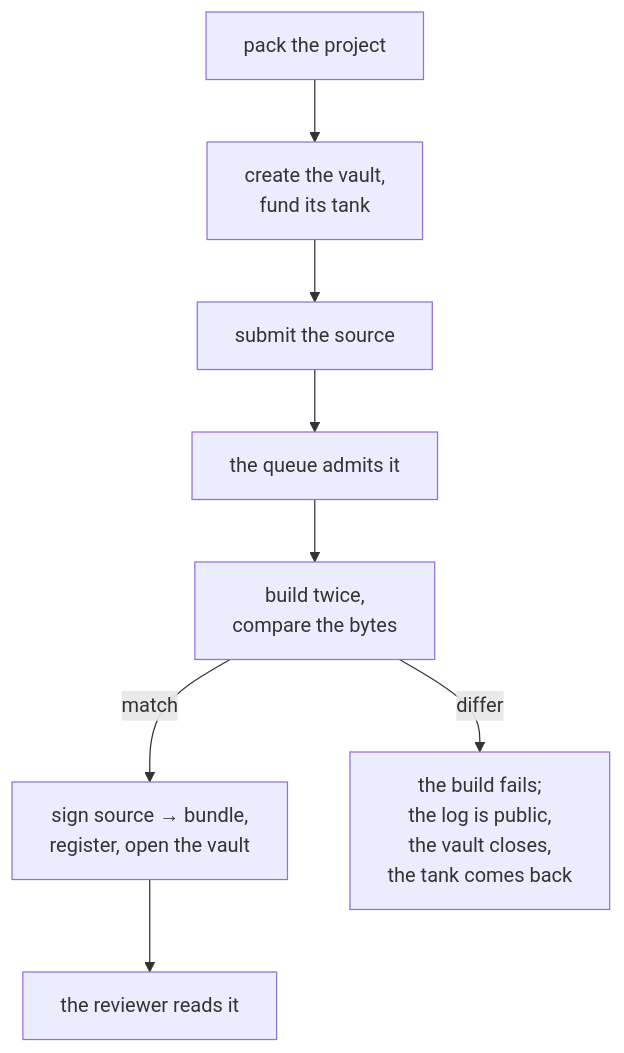
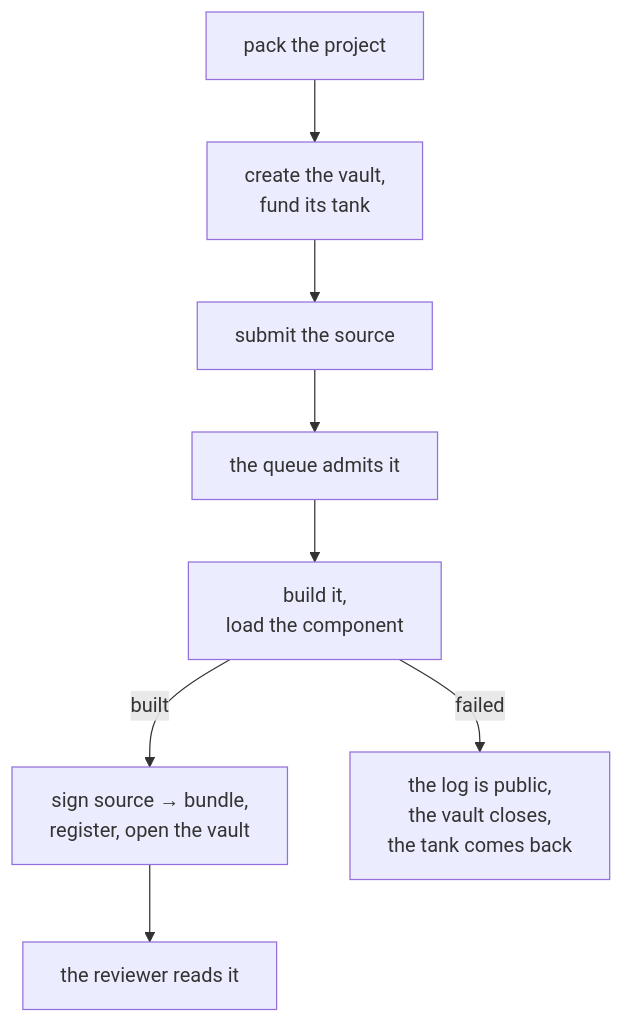
The diagram in docs/content/how-it-works/publishing.md (ShoninFi/shonin-platform), drawn with Mermaid before and after one commit. The commit also changed other lines of this file and 11 other files, not shown here.

````diff
--- a/docs/content/how-it-works/publishing.md
+++ b/docs/content/how-it-works/publishing.md
@@ -5,10 +5,10 @@
 ```mermaid
 flowchart TB
     A["pack the project"] --> B["create the vault,<br/>fund its tank"]
     B --> C["submit the source"]
     C --> D["the queue admits it"]
-    D --> E["build twice,<br/>compare the bytes"]
-    E -->|match| F["sign source → bundle,<br/>register, open the vault"]
-    E -->|differ| G["the build fails;<br/>the log is public,<br/>the vault closes,<br/>the tank comes back"]
+    D --> E["build it,<br/>load the component"]
+    E -->|built| F["sign source → bundle,<br/>register, open the vault"]
+    E -->|failed| G["the log is public,<br/>the vault closes,<br/>the tank comes back"]
     F --> H["the reviewer reads it"]
 ```
````
